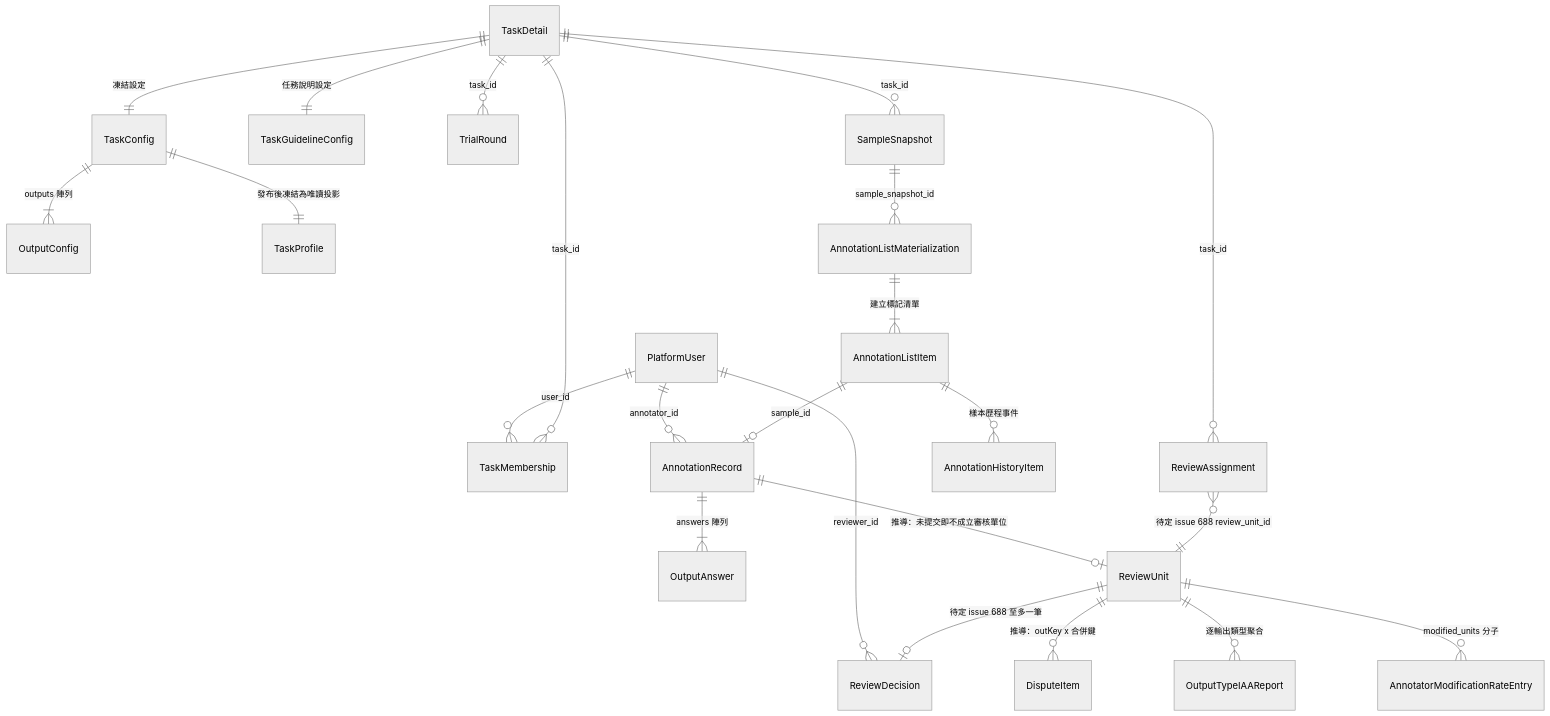
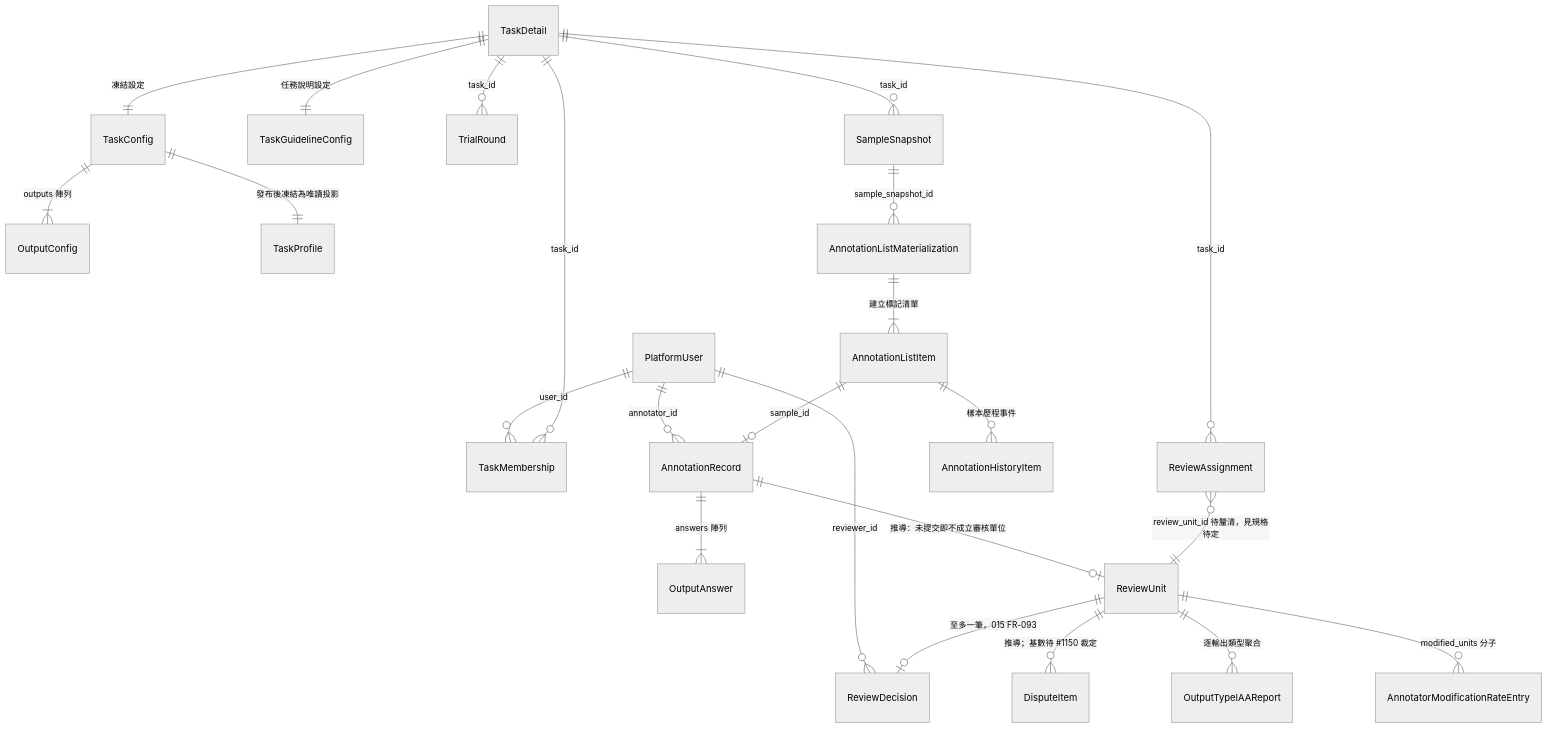
Before and after one commit to singyichen/label-suite: the first of 6 diagrams in docs/diagrams/architecture/core-data-model-er.md, drawn with Mermaid (neutral theme). The commit also changed other lines of this file and 6 other files, not shown here.

First line of the commit message:
docs(diagrams): sync review docs with three-state single-person relay model

````diff
--- a/docs/diagrams/architecture/core-data-model-er.md
+++ b/docs/diagrams/architecture/core-data-model-er.md
@@ -33,31 +33,31 @@
 ```mermaid
 erDiagram
     PlatformUser  ||--o{ TaskMembership : "user_id"
     PlatformUser  ||--o{ AnnotationRecord : "annotator_id"
     PlatformUser  ||--o{ ReviewDecision : "reviewer_id"
 
     TaskDetail    ||--o{ TaskMembership : "task_id"
     TaskDetail    ||--|| TaskConfig : "凍結設定"
     TaskDetail    ||--|| TaskGuidelineConfig : "任務說明設定"
     TaskDetail    ||--o{ TrialRound : "task_id"
     TaskDetail    ||--o{ SampleSnapshot : "task_id"
     TaskDetail    ||--o{ ReviewAssignment : "task_id"
 
     TaskConfig    ||--|{ OutputConfig : "outputs 陣列"
     TaskConfig    ||--|| TaskProfile : "發布後凍結為唯讀投影"
 
     SampleSnapshot ||--o{ AnnotationListMaterialization : "sample_snapshot_id"
     AnnotationListMaterialization ||--|{ AnnotationListItem : "建立標記清單"
 
     AnnotationListItem ||--o| AnnotationRecord : "sample_id"
     AnnotationListItem ||--o{ AnnotationHistoryItem : "樣本歷程事件"
     AnnotationRecord   ||--|{ OutputAnswer : "answers 陣列"
 
     AnnotationRecord ||--o| ReviewUnit : "推導：未提交即不成立審核單位"
-    ReviewUnit  ||--o| ReviewDecision : "待定 issue 688 至多一筆"
-    ReviewUnit  ||--o{ DisputeItem : "推導：outKey x 合併鍵"
-    ReviewAssignment }o--|| ReviewUnit : "待定 issue 688 review_unit_id"
+    ReviewUnit  ||--o| ReviewDecision : "至多一筆，015 FR-093"
+    ReviewUnit  ||--o{ DisputeItem : "推導；基數待 #1150 裁定"
+    ReviewAssignment }o--|| ReviewUnit : "review_unit_id 待釐清，見規格待定"
 
     ReviewUnit ||--o{ OutputTypeIAAReport : "逐輸出類型聚合"
     ReviewUnit ||--o{ AnnotatorModificationRateEntry : "modified_units 分子"
 ```
````
